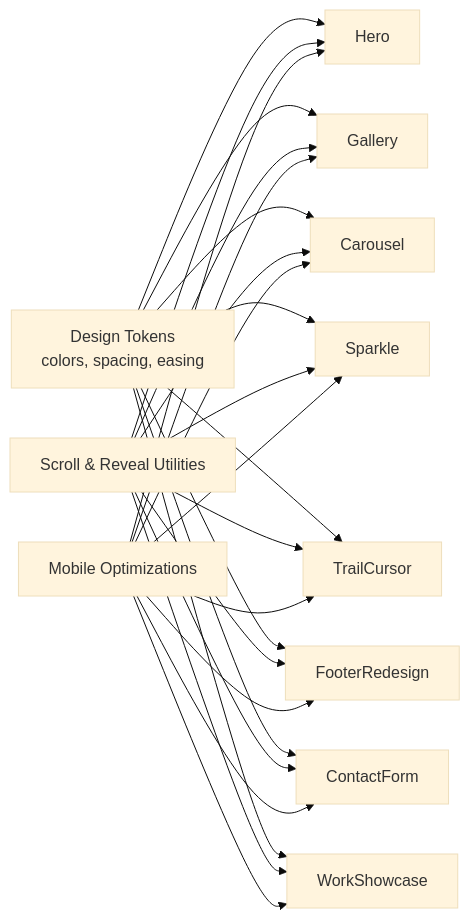
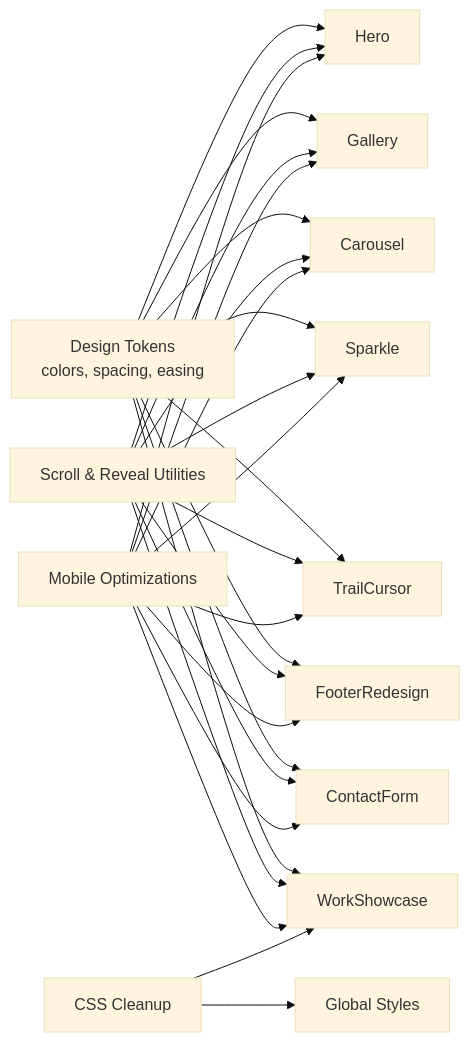
One commit to Theja4/podiummomentum changed the seventh of 8 diagrams in .qoder/repowiki/en/content/Styling and Design System/Component Styling Patterns/Landing Page Component Styles.md. Above: the diagram before and after it, drawn with Mermaid (base theme). The commit also changed other lines of this file and 22 other files, not shown here.

````diff
--- a/.qoder/repowiki/en/content/Styling and Design System/Component Styling Patterns/Landing Page Component Styles.md
+++ b/.qoder/repowiki/en/content/Styling and Design System/Component Styling Patterns/Landing Page Component Styles.md
@@ -471,27 +511,29 @@
 ```mermaid
 graph LR
 Tokens["Design Tokens<br/>colors, spacing, easing"] --> Hero
 Tokens --> Gallery
 Tokens --> Carousel
 Tokens --> Sparkle
 Tokens --> TrailCursor
 Tokens --> FooterRedesign
 Tokens --> ContactForm
 Tokens --> WorkShowcase
 Motion["Scroll & Reveal Utilities"] --> Hero
 Motion --> Gallery
 Motion --> Carousel
 Motion --> Sparkle
 Motion --> TrailCursor
 Motion --> FooterRedesign
 Motion --> ContactForm
 Motion --> WorkShowcase
 Mobile["Mobile Optimizations"] --> Hero
 Mobile --> Gallery
 Mobile --> Carousel
 Mobile --> Sparkle
 Mobile --> TrailCursor
 Mobile --> FooterRedesign
 Mobile --> ContactForm
 Mobile --> WorkShowcase
+Cleanup["CSS Cleanup"] --> WorkShowcase
+Cleanup --> GlobalStyles["Global Styles"]
 ```
````
